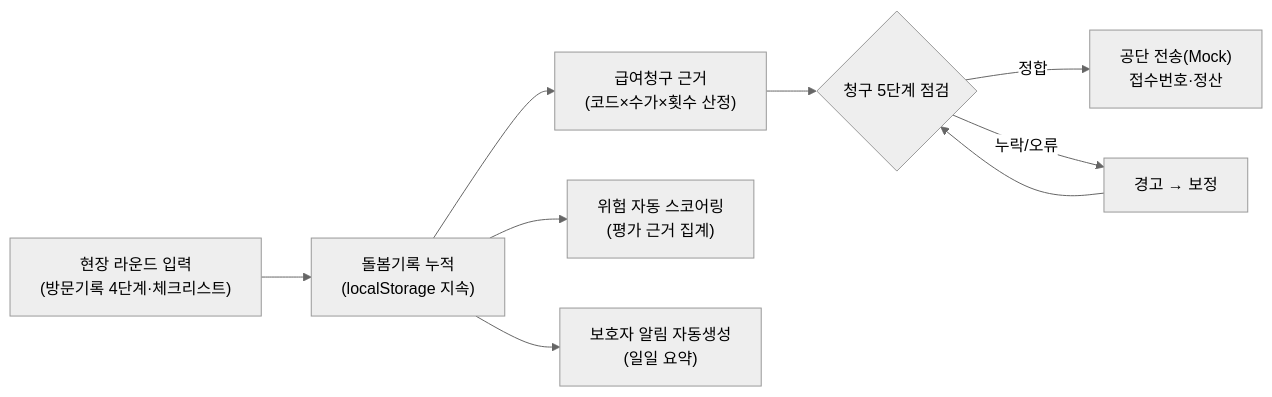
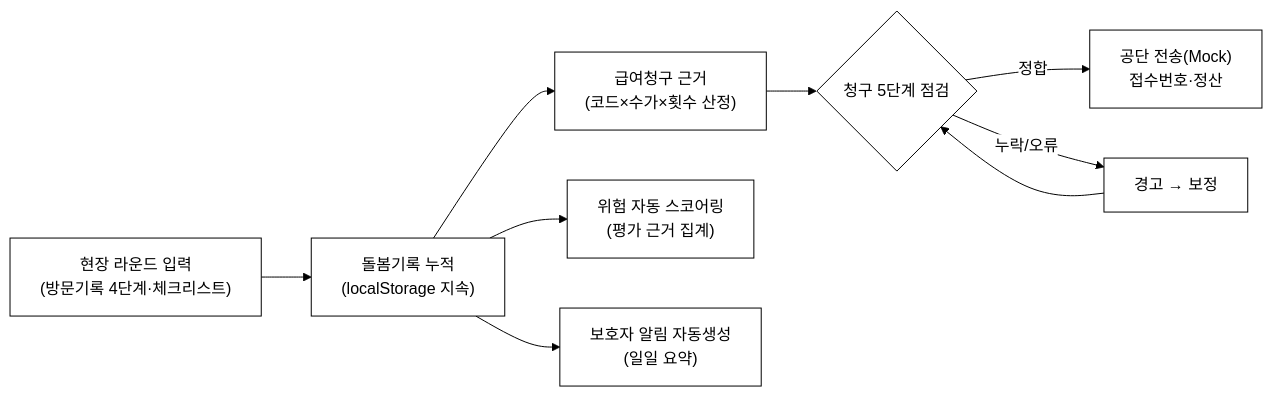
One commit to iamywl/k_startup_spare changed the diagram in 2026-saas-senior-care/biz/3_1_개발결과보고서_v1.md. Above: the diagram before and after it, drawn with Mermaid. The commit also changed 1 other file, not shown here.

Commit message:
돌봄노트 그림자료 순수 흑백 수정 — Mermaid neutral→base 흰/검 강제
theme:neutral 의 회색 박스 채움 제거. base 테마 + 전 themeVariables 흰(#fff)/검(#000)
강제 init 으로 8개 도식(제안서 7·보고서 1) 교체. mmdc 렌더로 순수 흑백 확인.

````diff
--- a/2026-saas-senior-care/biz/3_1_개발결과보고서_v1.md
+++ b/2026-saas-senior-care/biz/3_1_개발결과보고서_v1.md
@@ -210,13 +210,13 @@
 ```mermaid
-%%{init:{'theme':'neutral'}}%%
+%%{init: {'theme':'base','themeVariables':{'background':'#ffffff','primaryColor':'#ffffff','primaryBorderColor':'#000000','primaryTextColor':'#000000','secondaryColor':'#ffffff','secondaryBorderColor':'#000000','secondaryTextColor':'#000000','tertiaryColor':'#ffffff','tertiaryBorderColor':'#000000','tertiaryTextColor':'#000000','mainBkg':'#ffffff','secondBkg':'#ffffff','lineColor':'#000000','textColor':'#000000','clusterBkg':'#ffffff','clusterBorder':'#000000','edgeLabelBackground':'#ffffff','actorBkg':'#ffffff','actorBorder':'#000000','noteBkgColor':'#ffffff','noteBorderColor':'#000000','signalColor':'#000000','signalTextColor':'#000000','fontFamily':'Georgia, serif'}}}%%
 flowchart LR
     I["현장 라운드 입력<br/>(방문기록 4단계·체크리스트)"]
     I --> J["돌봄기록 누적<br/>(localStorage 지속)"]
     J --> B["급여청구 근거<br/>(코드×수가×횟수 산정)"]
     J --> E["위험 자동 스코어링<br/>(평가 근거 집계)"]
     J --> F["보호자 알림 자동생성<br/>(일일 요약)"]
     B --> C{"청구 5단계 점검"}
     C -- 정합 --> S["공단 전송(Mock)<br/>접수번호·정산"]
     C -- 누락/오류 --> W["경고 → 보정"]
     W --> C
 ```
````
